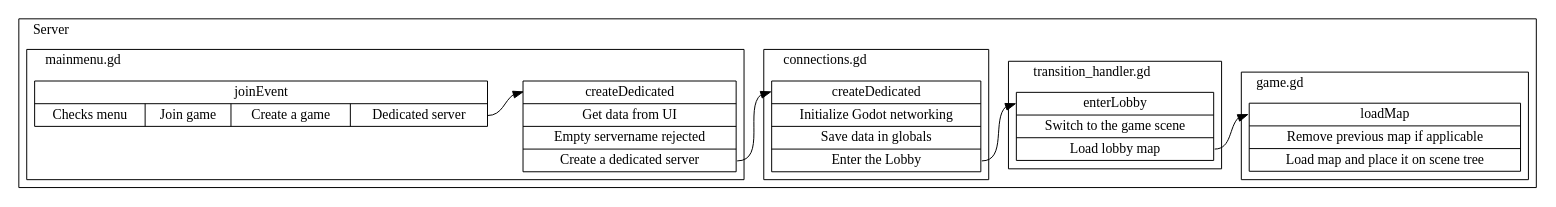
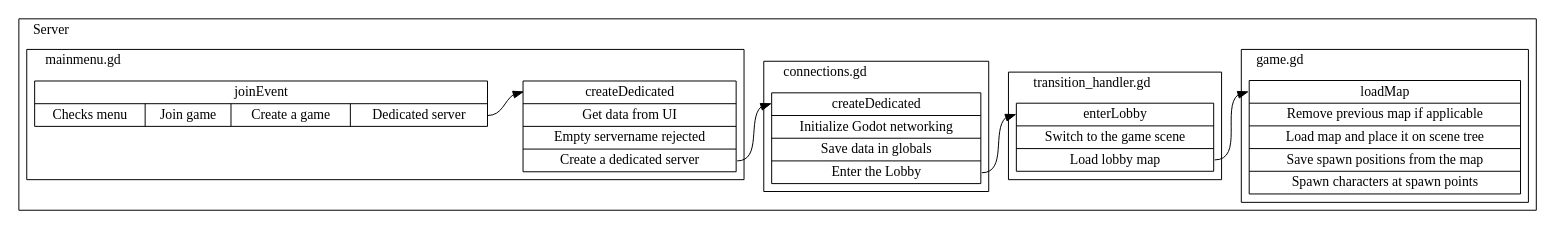
The diagram in misc/controlflow/create and join/dedicated.dot (opensuspect/opensuspect), drawn with Graphviz before and after one commit. The commit also changed 8 other files, not shown here.

Commit message:
create and join control flow graphs updated to follow changes

```diff
--- a/misc/controlflow/create and join/dedicated.dot
+++ b/misc/controlflow/create and join/dedicated.dot
@@ -1,52 +1,52 @@
 digraph controlflow {
     rankdir="LR";
     subgraph cluster_client1 {
         label="Client 1"; labeljust="l";
 
     }
     subgraph cluster_server {
         label="Server"; labeljust="l";
         subgraph cluster_server_game {
             label="game.gd"; labeljust="l";
             server_game_loadMap [
-                label="<begin>loadMap | {<f0> Remove previous map if applicable } | <f1> Load map and place it on scene tree "
+                label="<begin>loadMap | {<f0> Remove previous map if applicable } | <f1> Load map and place it on scene tree  | <f2> Save spawn positions from the map  | <f3> Spawn characters at spawn points "
                 shape="record"
             ]
         }
         subgraph cluster_server_transition_handler {
             label="transition_handler.gd"; labeljust="l";
             server_transition_handler_enterLobby [
                 label="<begin>enterLobby | <f0> Switch to the game scene  | <f1> Load lobby map "
                 shape="record"
             ]
         }
         subgraph cluster_server_connections {
             label="connections.gd"; labeljust="l";
             server_connections_createDedicated [
                 label="<begin>createDedicated | <f0> Initialize Godot networking  | <f1> Save data in globals  | <f2> Enter the Lobby "
                 shape="record"
             ]
         }
         subgraph cluster_server_mainmenu {
             label="mainmenu.gd"; labeljust="l";
             server_mainmenu_createDedicated [
                 label="<begin>createDedicated | <f0> Get data from UI  | {<f1> Empty servername rejected } | <f2> Create a dedicated server "
                 shape="record"
             ]
             server_mainmenu_joinEvent [
                 label="<begin>joinEvent | {<f0> Checks menu  | <f1> Join game  | <f2> Create a game  | <f3> Dedicated server }"
                 shape="record"
             ]
         }
 
     }
     subgraph cluster_client2 {
         label="Client 2"; labeljust="l";
 
     }
 
     server_mainmenu_joinEvent:f3 -> server_mainmenu_createDedicated:begin;
     server_mainmenu_createDedicated:f2 -> server_connections_createDedicated:begin;
     server_connections_createDedicated:f2 -> server_transition_handler_enterLobby:begin;
     server_transition_handler_enterLobby:f1 -> server_game_loadMap:begin;
 }
```
